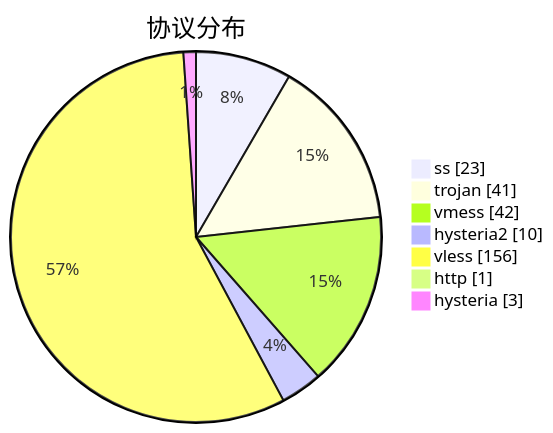
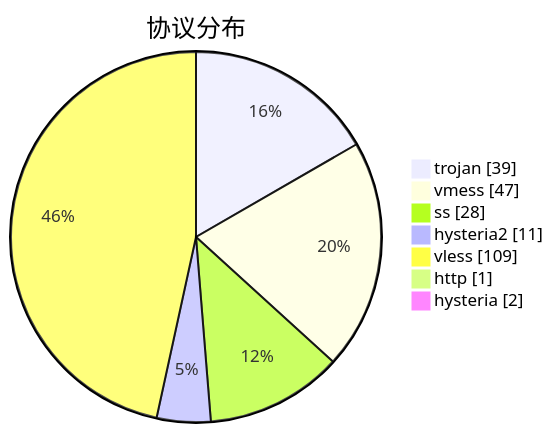
The third of 3 diagrams in subs/statistics/tested_within.md (sinspired/airport), drawn with Mermaid before and after one commit. The commit also changed other lines of this file and 2 other files, not shown here.

````diff
--- a/subs/statistics/tested_within.md
+++ b/subs/statistics/tested_within.md
@@ -42,11 +37,11 @@
 ```mermaid
 pie showData
 title 协议分布
-"ss" : 23
-"trojan" : 41
-"vmess" : 42
-"hysteria2" : 10
-"vless" : 156
+"trojan" : 39
+"vmess" : 47
+"ss" : 28
+"hysteria2" : 11
+"vless" : 109
 "http" : 1
-"hysteria" : 3
+"hysteria" : 2
 ```
````
